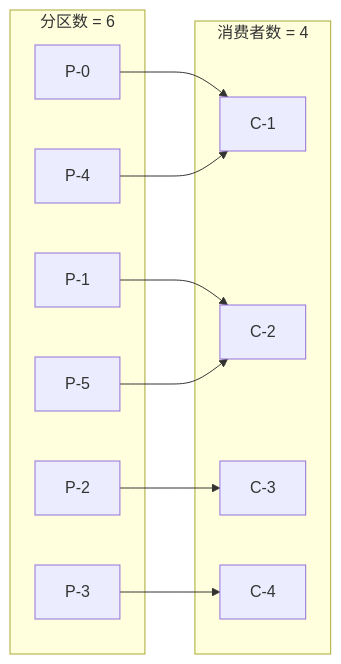
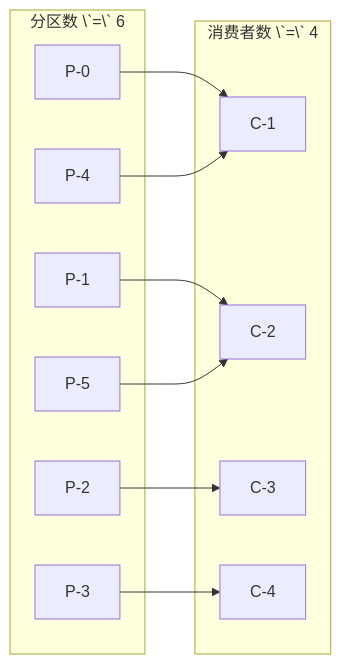
The third of 3 diagrams in docs/system-design/messaging/kafka-partition.mdx (xinrun0928/ArchNexus), drawn with Mermaid before and after one commit. The commit also changed other lines of this file and 9 other files, not shown here.

````diff
--- a/docs/system-design/messaging/kafka-partition.mdx
+++ b/docs/system-design/messaging/kafka-partition.mdx
@@ -145,25 +145,25 @@
 ```mermaid
 flowchart LR
-    subgraph Partitions["分区数 = 6"]
+    subgraph Partitions["分区数 \`=\` 6"]
         P1["P-0"]
         P2["P-1"]
         P3["P-2"]
         P4["P-3"]
         P5["P-4"]
         P6["P-5"]
     end
     
-    subgraph Consumers["消费者数 = 4"]
+    subgraph Consumers["消费者数 \`=\` 4"]
         C1["C-1"]
         C2["C-2"]
         C3["C-3"]
         C4["C-4"]
     end
     
     P1 --> C1
     P2 --> C2
     P3 --> C3
     P4 --> C4
     P5 --> C1
     P6 --> C2
 ```
````
